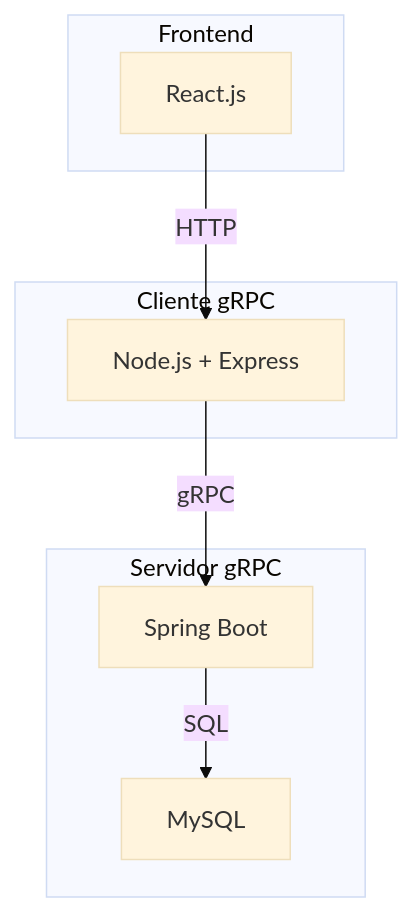
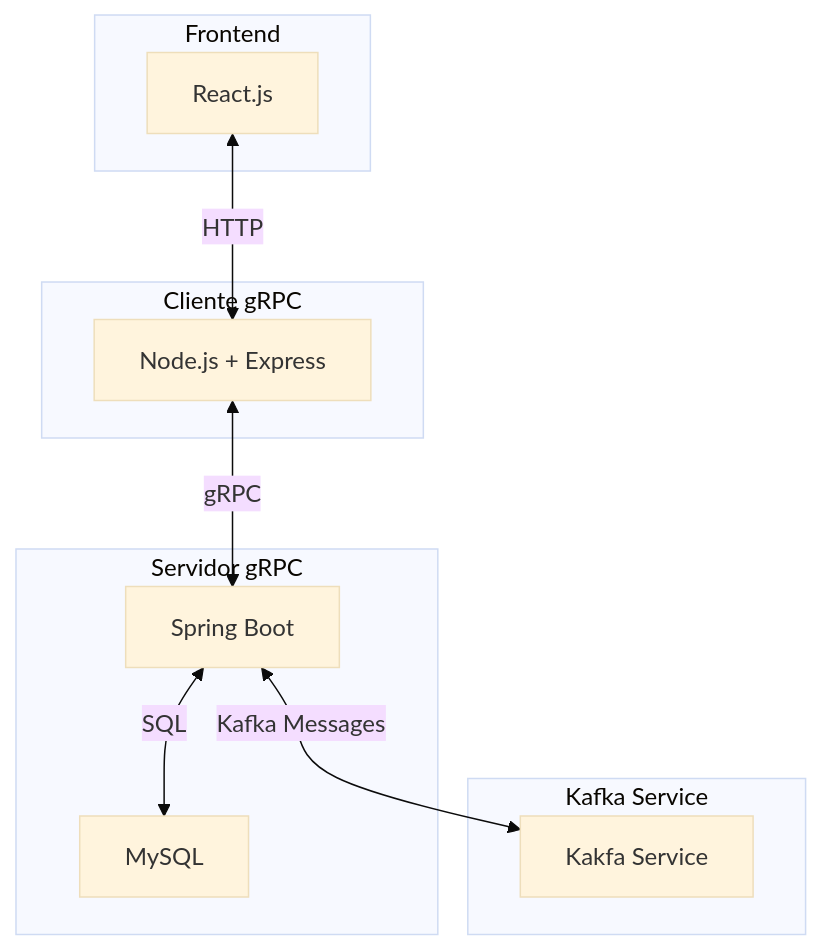
The diagram in README.md (MaximilianoCalahorra/TP-Distribuidos-GrupoC-backend), drawn with Mermaid (base theme) before and after one commit. The commit also changed other lines of this file and 13 other files, not shown here.

Commit message:
MC | Configuración base del service Kafka

````diff
--- a/README.md
+++ b/README.md
@@ -14,18 +16,24 @@
 ```mermaid
 flowchart TD
     subgraph frontend [Frontend]
         UI[React.js]
     end
 
     subgraph client [Cliente gRPC]
         API[Node.js + Express]
     end
 
     subgraph server [Servidor gRPC]
         Srv[Spring Boot]
         DB[MySQL]
     end
 
-    UI -->|HTTP| API -->|gRPC| Srv -->|SQL| DB
+    subgraph kafkaSrv [Kafka Service]
+        Kafka[Kakfa Service]
+    end
 
+    UI <-->|HTTP| API
+    API <-->|gRPC| Srv
+    Srv <-->|SQL| DB
+    Srv <-->|Kafka Messages| Kafka
 ```
````
